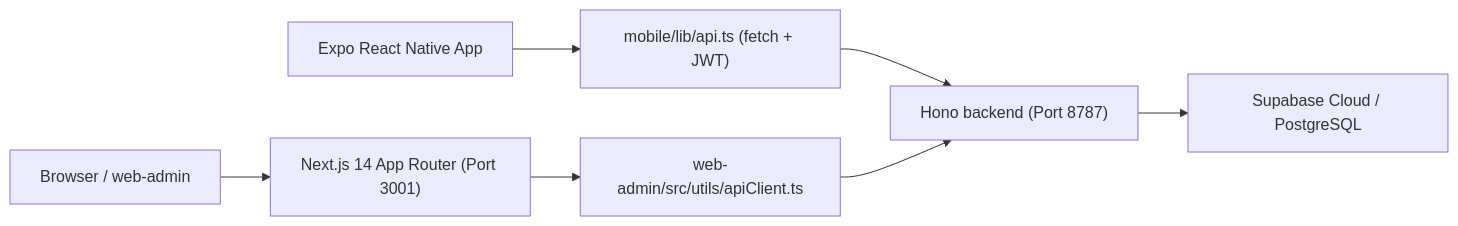
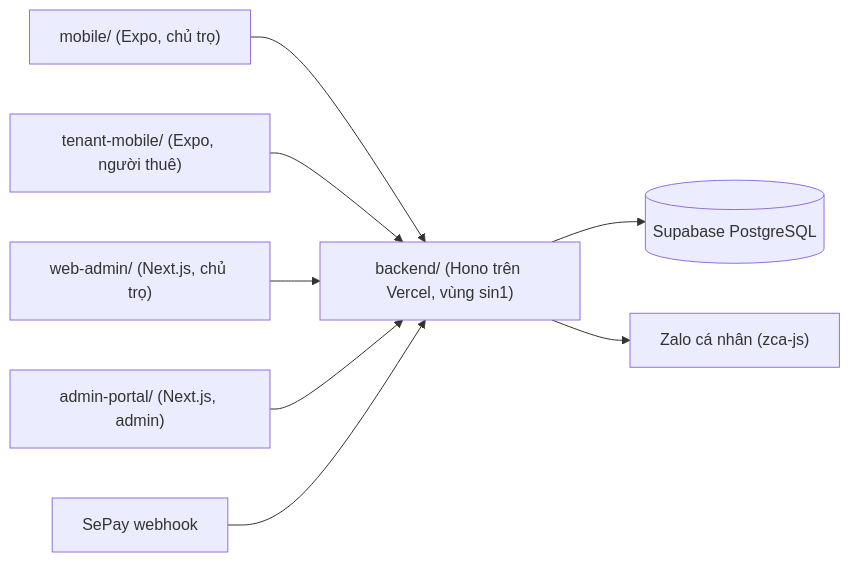
One commit to namdinhnguyenqc/money_manager changed the diagram in docs/01-architecture/architecture-runtime.md. Above: the diagram before and after it, drawn with Mermaid. The commit also changed other lines of this file and 103 other files, not shown here.

````diff
--- a/docs/01-architecture/architecture-runtime.md
+++ b/docs/01-architecture/architecture-runtime.md
@@ -8,9 +5,10 @@
 ```mermaid
 flowchart LR
-  Mobile["Expo React Native App"] --> MobileAPI["mobile/lib/api.ts (fetch + JWT)"]
-  Browser["Browser / web-admin"] --> Next["Next.js 14 App Router (Port 3001)"]
-  Next --> WebAPI["web-admin/src/utils/apiClient.ts"]
-  MobileAPI --> Hono["Hono backend (Port 8787)"]
-  WebAPI --> Hono
-  Hono --> Supabase["Supabase Cloud / PostgreSQL"]
+  OwnerApp["mobile/ (Expo, chủ trọ)"] --> API
+  TenantApp["tenant-mobile/ (Expo, người thuê)"] --> API
+  OwnerWeb["web-admin/ (Next.js, chủ trọ)"] --> API
+  Admin["admin-portal/ (Next.js, admin)"] --> API
+  API["backend/ (Hono trên Vercel, vùng sin1)"] --> DB[("Supabase PostgreSQL")]
+  API --> Zalo["Zalo cá nhân (zca-js)"]
+  SePay["SePay webhook"] --> API
 ```
````
